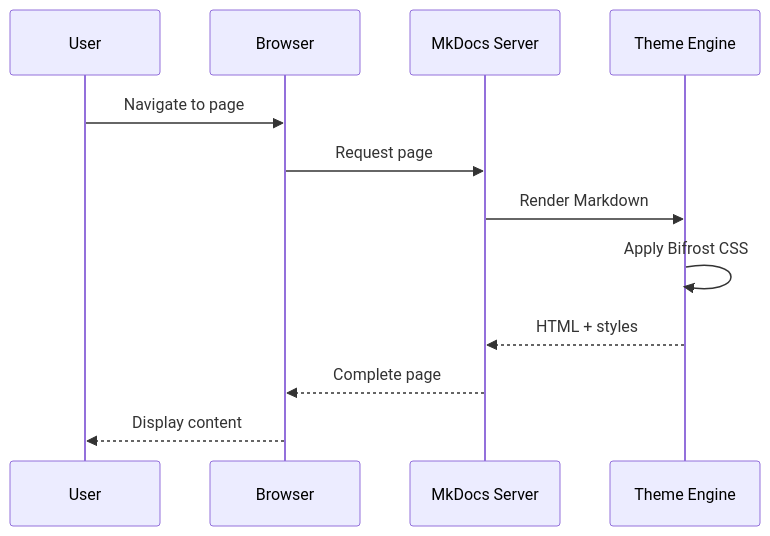
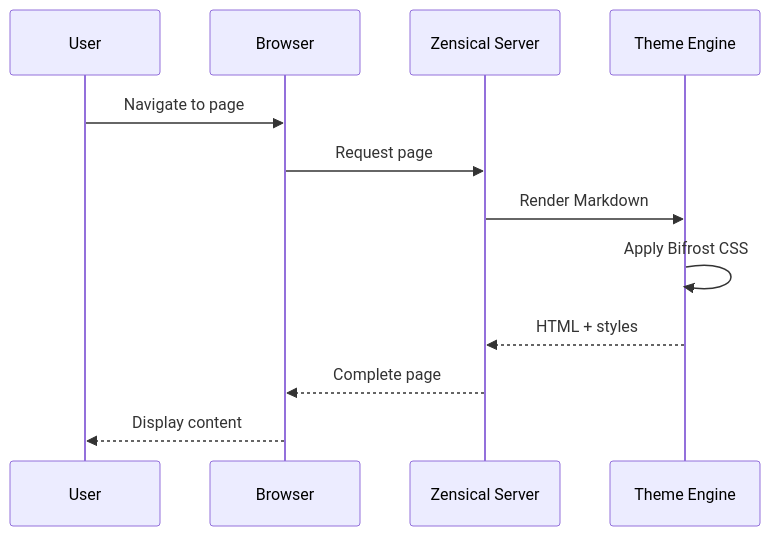
Before and after one commit to intility/bifrost-mkdocs: the second of 2 diagrams in docs/showcase/diagrams.md, drawn with Mermaid. The commit also changed other lines of this file and 75 other files, not shown here.

````diff
--- a/docs/showcase/diagrams.md
+++ b/docs/showcase/diagrams.md
@@ -41,15 +41,15 @@
     ```mermaid
     sequenceDiagram
         participant U as User
         participant B as Browser
-        participant S as MkDocs Server
+        participant S as Zensical Server
         participant T as Theme Engine
 
         U->>B: Navigate to page
         B->>S: Request page
         S->>T: Render Markdown
         T->>T: Apply Bifrost CSS
         T-->>S: HTML + styles
         S-->>B: Complete page
         B-->>U: Display content
     ```
````
